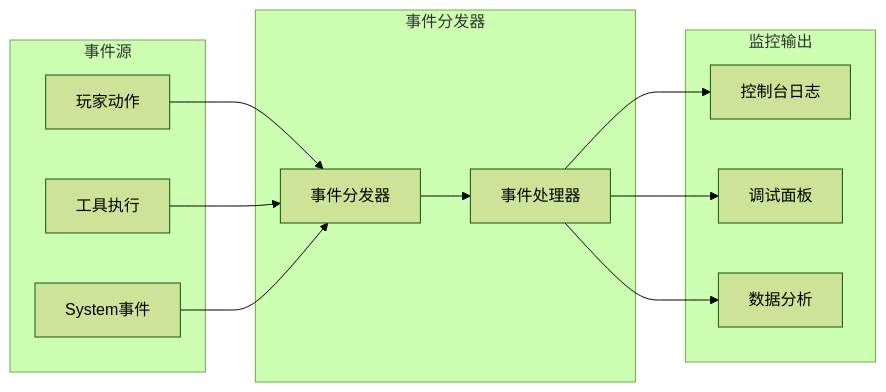
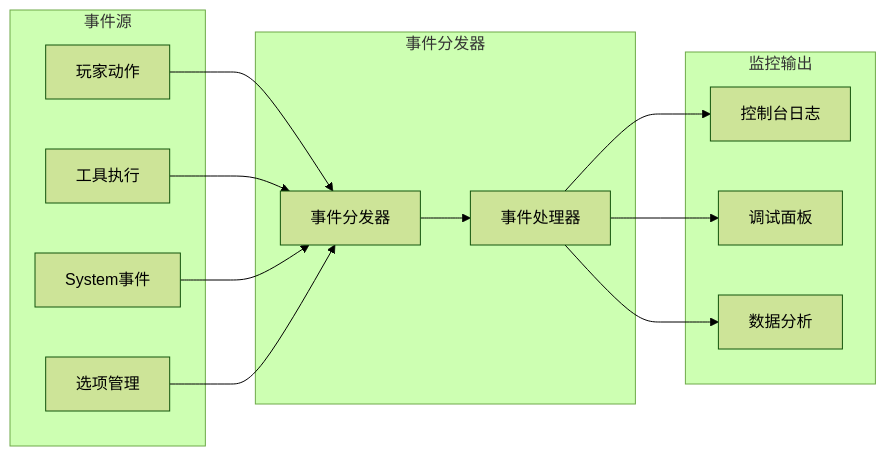
The eighth of 9 diagrams in .qoder/repowiki/zh/content/游戏引擎架构/状态管理系统.md (zwh8800/cdnd), drawn with Mermaid (forest theme) before and after one commit. The commit also changed other lines of this file and 5 other files, not shown here.

````diff
--- a/.qoder/repowiki/zh/content/游戏引擎架构/状态管理系统.md
+++ b/.qoder/repowiki/zh/content/游戏引擎架构/状态管理系统.md
@@ -331,24 +393,26 @@
 ```mermaid
 graph LR
 subgraph "事件源"
 Actions[玩家动作]
 Tools[工具执行]
 System[System事件]
+Options[选项管理]
 end
 subgraph "事件分发器"
 Dispatcher[事件分发器]
 Handlers[事件处理器]
 end
 subgraph "监控输出"
 Console[控制台日志]
 Debug[调试面板]
 Analytics[数据分析]
 end
 Actions --> Dispatcher
 Tools --> Dispatcher
 System --> Dispatcher
+Options --> Dispatcher
 Dispatcher --> Handlers
 Handlers --> Console
 Handlers --> Debug
 Handlers --> Analytics
 ```
````
